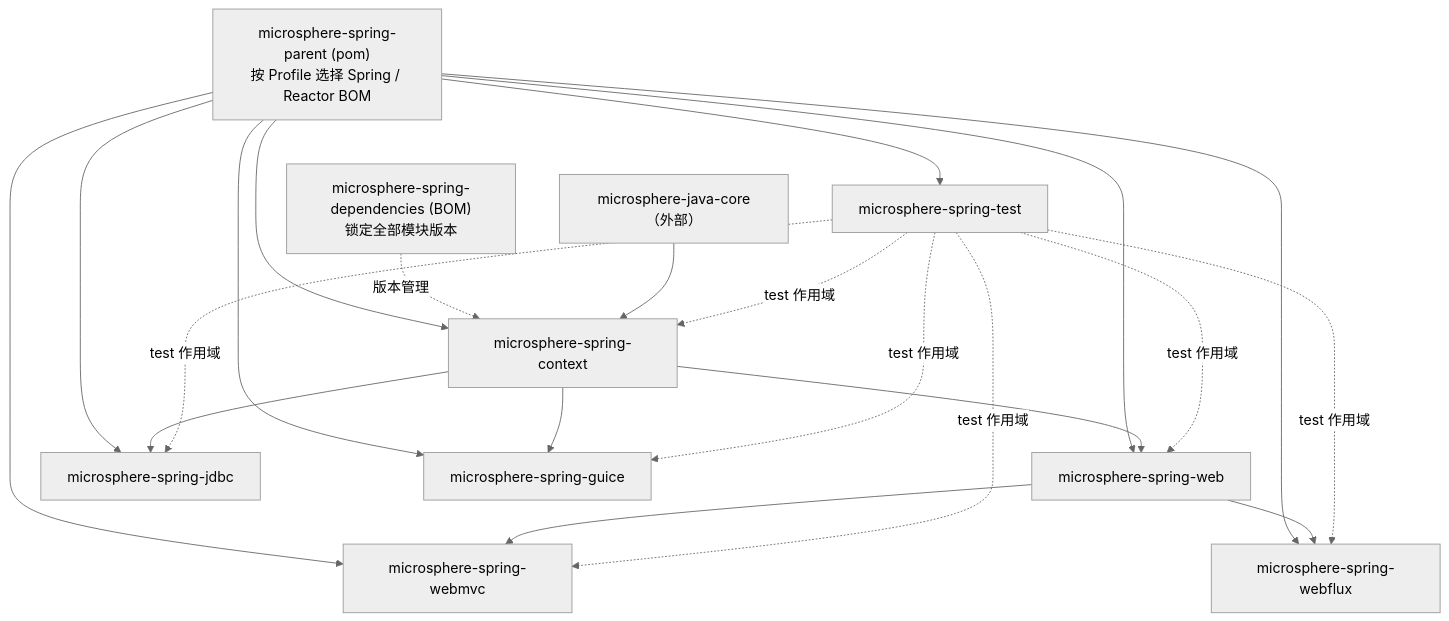
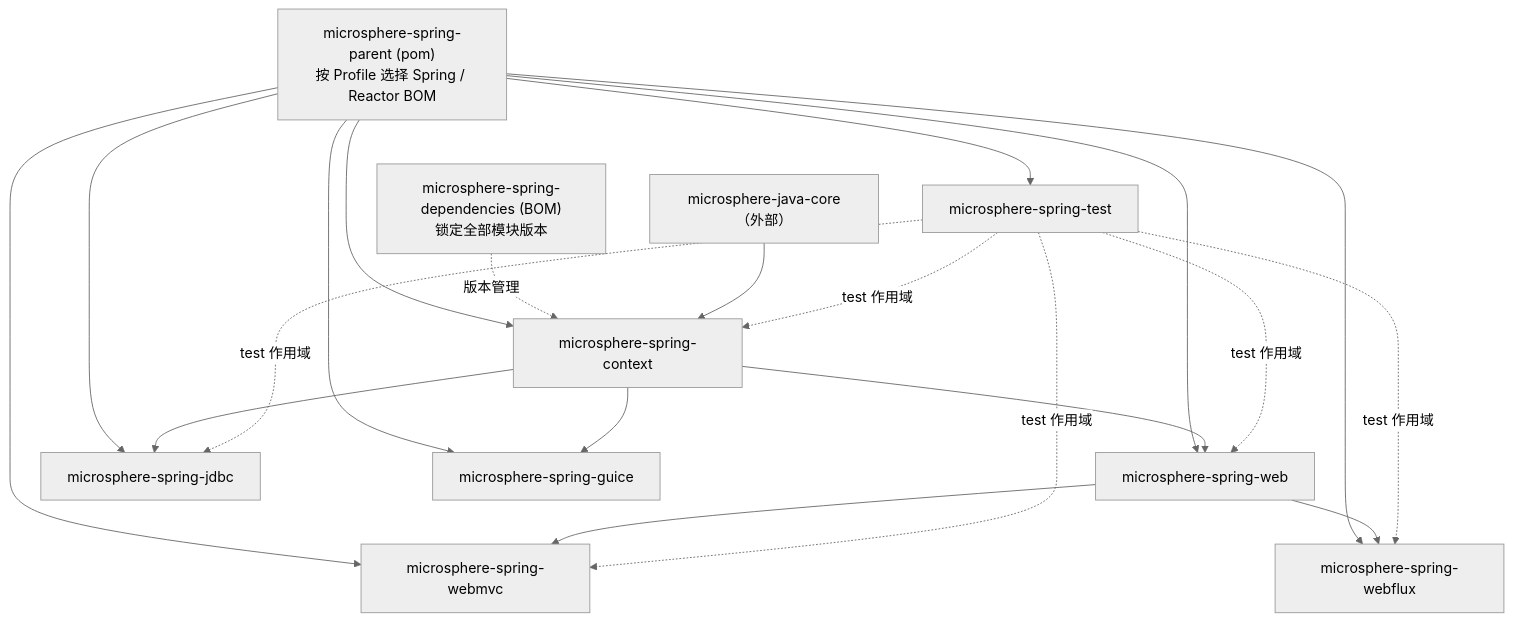
Before and after one commit to microsphere-projects/microsphere-spring: the first of 2 diagrams in docs/developer-guide/zh/README.md, drawn with Mermaid (neutral theme). The commit also changed other lines of this file and 55 other files, not shown here.

````diff
--- a/docs/developer-guide/zh/README.md
+++ b/docs/developer-guide/zh/README.md
@@ -23,34 +23,33 @@
 ```mermaid
 flowchart TD
   P["microsphere-spring-parent (pom)<br/>按 Profile 选择 Spring / Reactor BOM"]
   D["microsphere-spring-dependencies (BOM)<br/>锁定全部模块版本"]
   C["microsphere-spring-context"]
   W["microsphere-spring-web"]
   M["microsphere-spring-webmvc"]
   F["microsphere-spring-webflux"]
   J["microsphere-spring-jdbc"]
   G["microsphere-spring-guice"]
   T["microsphere-spring-test"]
   CORE["microsphere-java-core（外部）"]
 
   P --> C
   P --> W
   P --> M
   P --> F
   P --> J
   P --> G
   P --> T
   D -.版本管理.-> C
   CORE --> C
   C --> W
   W --> M
   W --> F
   C --> J
   C --> G
   T -.test 作用域.-> C
   T -.test 作用域.-> W
   T -.test 作用域.-> M
   T -.test 作用域.-> F
   T -.test 作用域.-> J
-  T -.test 作用域.-> G
 ```
````
